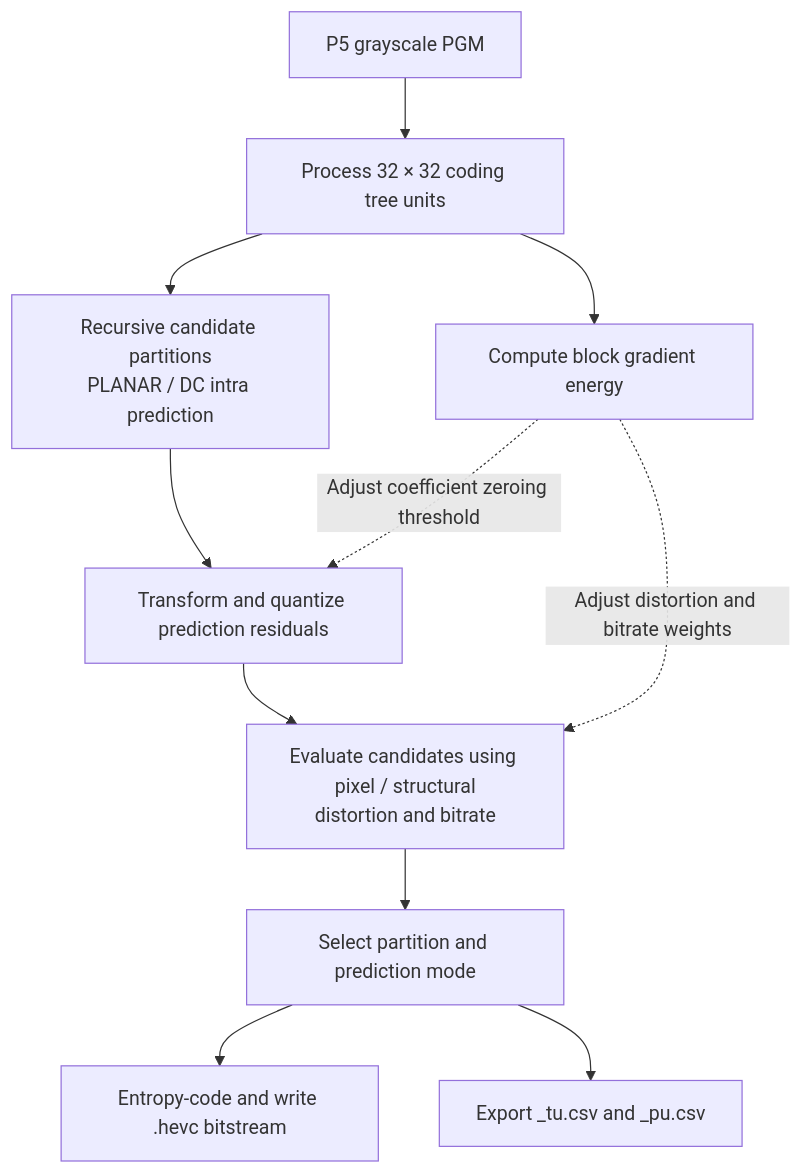
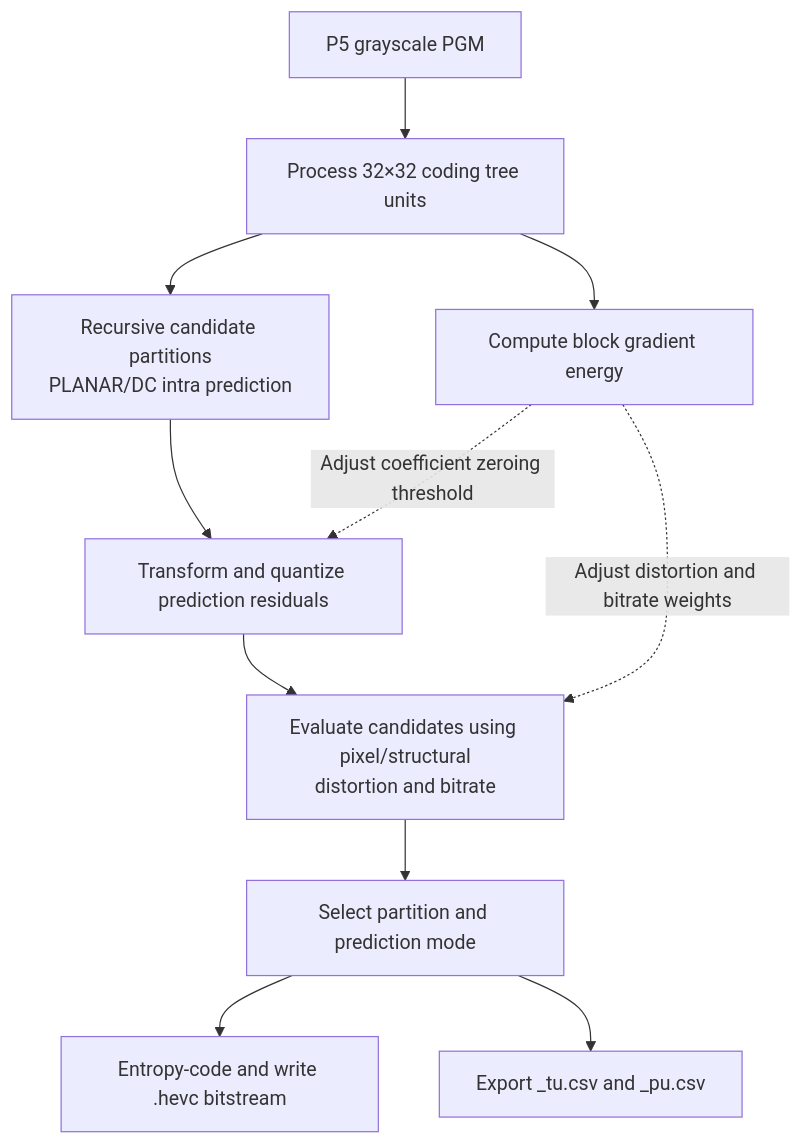
One commit to LumaVistaLab/hevc-ksvd-mamba-for-ultrasound changed the third of 7 diagrams in README.md. Above: the diagram before and after it, drawn with Mermaid. The commit also changed other lines of this file and 3 other files, not shown here.

````diff
--- a/README.md
+++ b/README.md
@@ -159,13 +159,13 @@
 ```mermaid
 flowchart TD
-    PGM["P5 grayscale PGM"] --> CTU["Process 32 × 32 coding tree units"]
-    CTU --> Candidates["Recursive candidate partitions<br/>PLANAR / DC intra prediction"]
+    PGM["P5 grayscale PGM"] --> CTU["Process 32×32 coding tree units"]
+    CTU --> Candidates["Recursive candidate partitions<br/>PLANAR/DC intra prediction"]
     Candidates --> Transform["Transform and quantize prediction residuals"]
     CTU --> Gradient["Compute block gradient energy"]
     Gradient -.->|Adjust coefficient zeroing threshold| Transform
-    Transform --> Cost["Evaluate candidates using pixel / structural<br/>distortion and bitrate"]
+    Transform --> Cost["Evaluate candidates using pixel/structural<br/>distortion and bitrate"]
     Gradient -.->|Adjust distortion and bitrate weights| Cost
     Cost --> Select["Select partition and prediction mode"]
     Select --> Bitstream["Entropy-code and write .hevc bitstream"]
     Select --> Arrays["Export _tu.csv and _pu.csv"]
 ```
````
